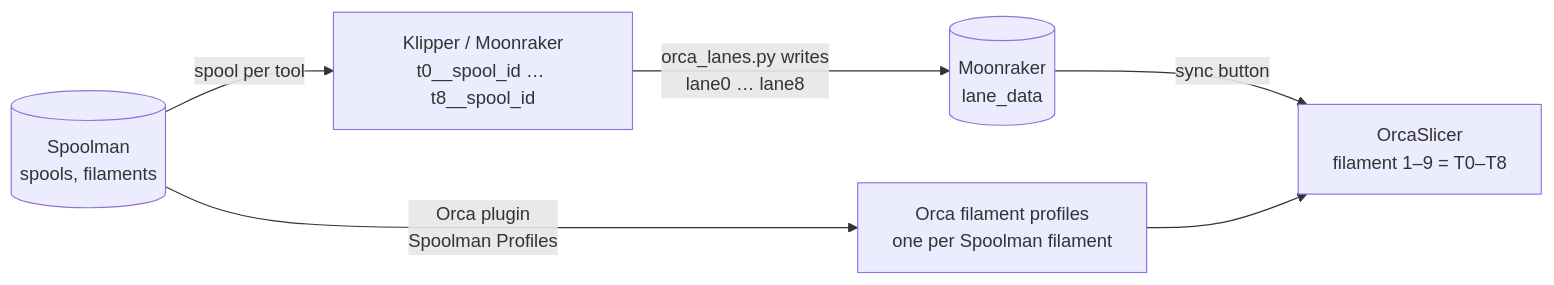
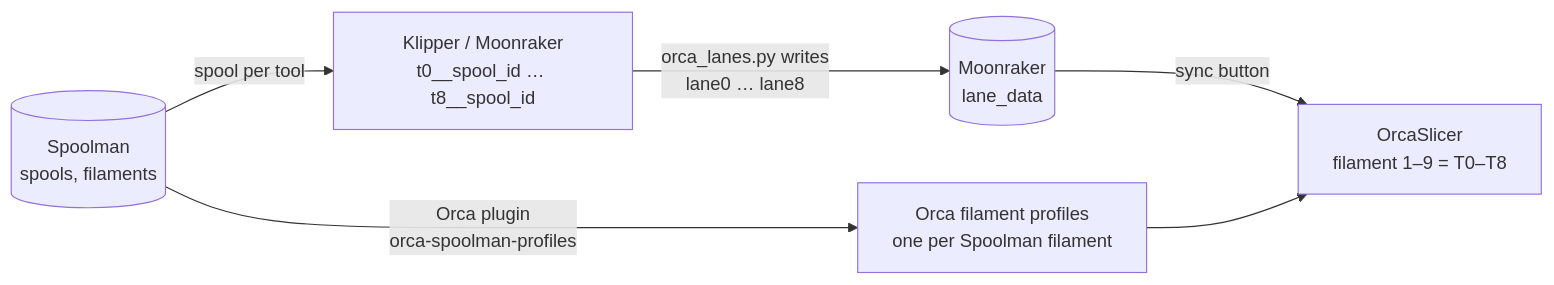
Before and after one commit to daum1988/indx-trident-350: the diagram in docs/ORCASLICER.md, drawn with Mermaid. The commit also changed other lines of this file and 8 other files, not shown here.

First line of the commit message:
Orca plugin moved to its own repository

````diff
--- a/docs/ORCASLICER.md
+++ b/docs/ORCASLICER.md
@@ -38,8 +38,8 @@
 ```mermaid
 flowchart LR
     SM[(Spoolman<br/>spools, filaments)] -->|spool per tool| K[Klipper / Moonraker<br/>t0__spool_id … t8__spool_id]
     K -->|orca_lanes.py writes<br/>lane0 … lane8| L[(Moonraker<br/>lane_data)]
     L -->|sync button| O[OrcaSlicer<br/>filament 1–9 = T0–T8]
-    SM -->|Orca plugin<br/>Spoolman Profiles| P[Orca filament profiles<br/>one per Spoolman filament]
+    SM -->|Orca plugin<br/>orca-spoolman-profiles| P[Orca filament profiles<br/>one per Spoolman filament]
     P --> O
 ```
````
